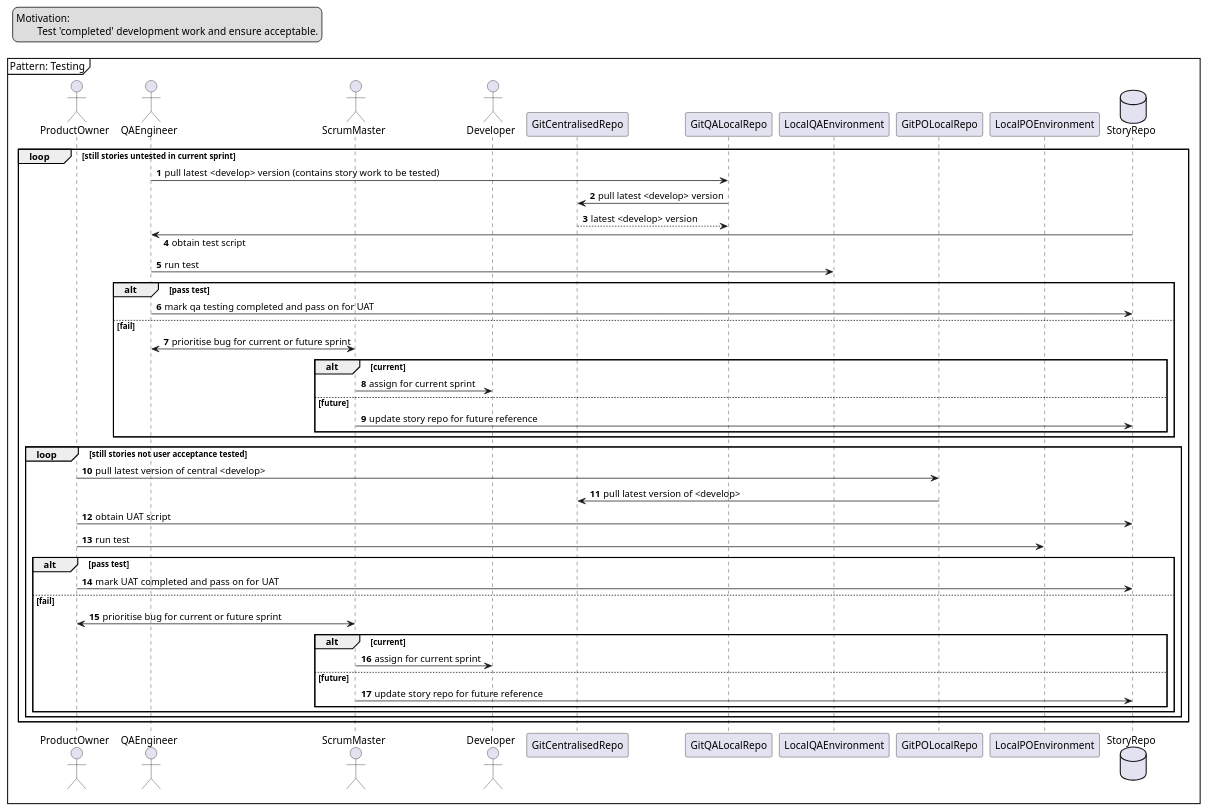
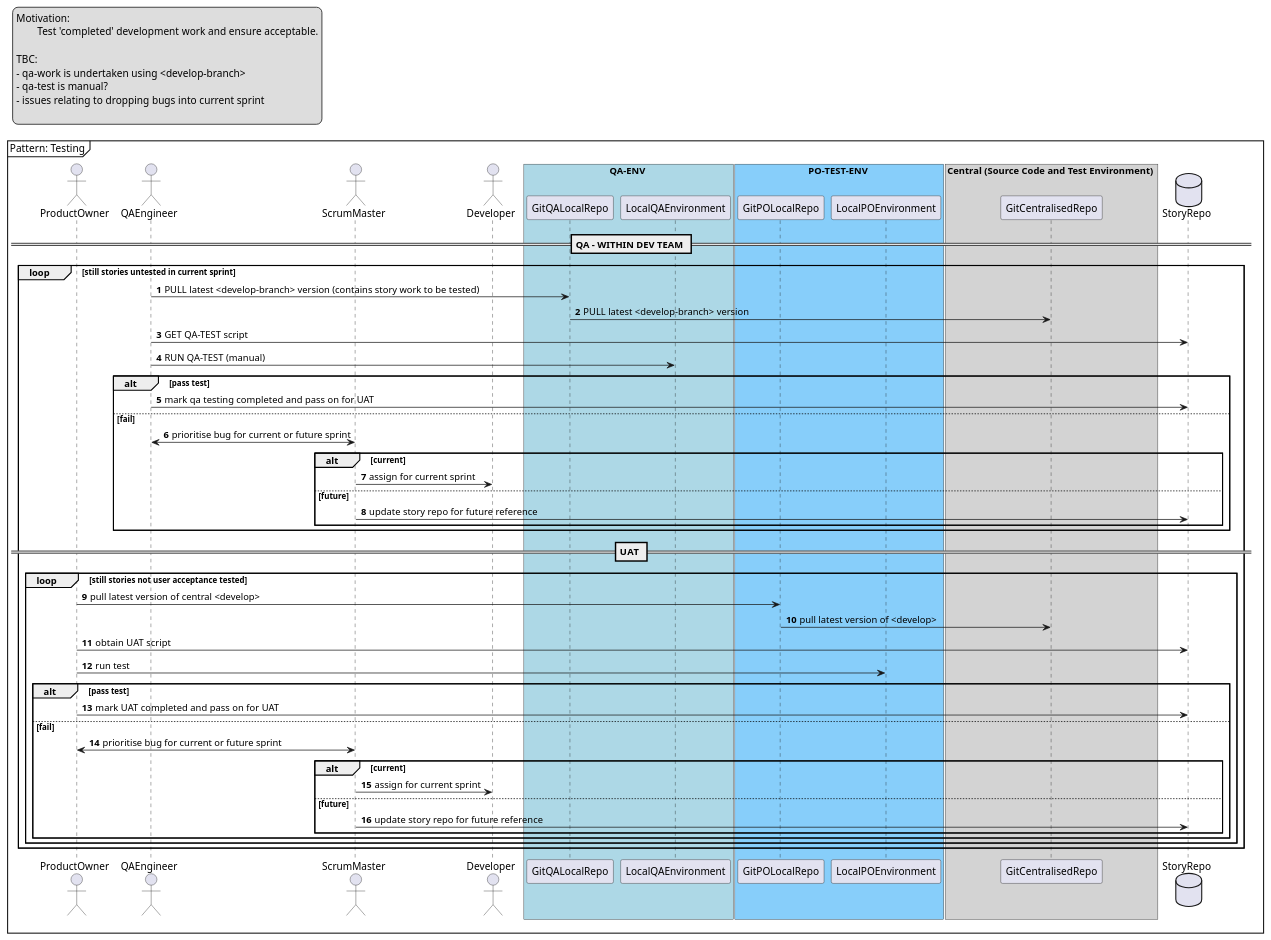
Before and after one commit to markcollinscope/epyx-process: the diagram in seq-qa-uat.puml, drawn with PlantUML. The commit also changed 1 other file, not shown here.

```diff
--- a/seq-qa-uat.puml
+++ b/seq-qa-uat.puml
@@ -4,67 +1,84 @@
-@startuml seq-testing
+@startuml seq-qa-uat
 
 skinparam responseMessageBelowArrow true
 
 mainframe Pattern: Testing
 
 legend top left
 Motivation: 
 	Test 'completed' development work and ensure acceptable.
+
+TBC: 
+- qa-work is undertaken using <develop-branch> 
+- qa-test is manual?
+- issues relating to dropping bugs into current sprint
+
 end legend
 
 actor ProductOwner as po
 actor QAEngineer as qa
 actor ScrumMaster as sm
 actor Developer as dev
-participant GitCentralisedRepo as gc
-participant GitQALocalRepo as gqlr
-participant LocalQAEnvironment as lqe
-participant GitPOLocalRepo as gplr
-participant LocalPOEnvironment as lpe
+
+box QA-ENV #LightBlue
+	participant GitQALocalRepo as gqlr
+	participant LocalQAEnvironment as lqe
+end box
+
+box PO-TEST-ENV #LightSkyBlue
+	participant GitPOLocalRepo as gplr
+	participant LocalPOEnvironment as lpe
+end box
+
+box Central (Source Code and Test Environment) #LightGray
+	participant GitCentralisedRepo as gc
+end box
+
 database StoryRepo as sr
 
 autonumber 0.0
 autonumber inc A
 
+== QA - WITHIN DEV TEAM ==
+
 autonumber 1
 loop still stories untested in current sprint
-	qa -> gqlr : pull latest <develop> version (contains story work to be tested)
-	gqlr -> gc : pull latest <develop> version
-	gc --> gqlr: latest <develop> version
-	qa <- sr : obtain test script
-	qa -> lqe: run test
+	qa -> gqlr : PULL latest <develop-branch> version (contains story work to be tested)
+	gqlr -> gc : PULL latest <develop-branch> version
+	qa -> sr : GET QA-TEST script
+	qa -> lqe: RUN QA-TEST (manual)
 	
 	alt pass test
 		qa -> sr: mark qa testing completed and pass on for UAT
 	else fail
 		sm <-> qa: prioritise bug for current or future sprint
 		alt current
 			sm -> dev: assign for current sprint
 		else future
 			sm -> sr: update story repo for future reference
 		end
 	end
 
-'todo: <uat>
+== UAT ==
 
 loop still stories not user acceptance tested
 	po -> gplr: pull latest version of central <develop>
 	gplr -> gc: pull latest version of <develop>
 	po -> sr: obtain UAT script
 	po -> lpe: run test
 	
 	alt pass test
 		po -> sr: mark UAT completed and pass on for UAT
 	else fail
 		sm <-> po: prioritise bug for current or future sprint
 		alt current
 			sm -> dev: assign for current sprint
 		else future
 			sm -> sr: update story repo for future reference
 		end
 	end
 end
 	
 end loop
 
 @enduml
```
